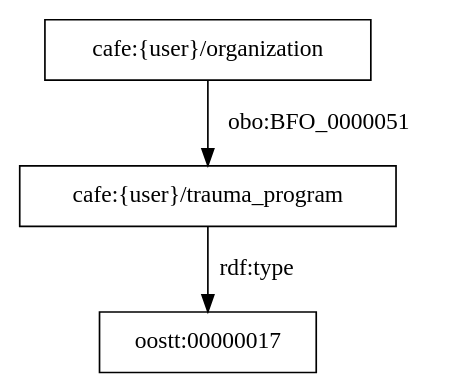
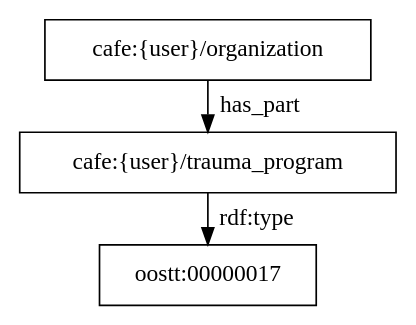
One commit to utecht/dideo-server changed the diagram in cafe/graphs/1.dot. Above: the diagram before and after it, drawn with Graphviz. The commit also changed 19 other files, not shown here.

Commit message:
changed graph format, added more statements

```diff
--- a/cafe/graphs/1.dot
+++ b/cafe/graphs/1.dot
@@ -1,4 +1,5 @@
 digraph g { node [shape=rectangle];
-"cafe:{user}/organization" -> "cafe:{user}/trauma_program" [label="obo:BFO_0000051"]
+graph [splines=true, nodesep=.5, ranksep=0, overlap=false];
+"cafe:{user}/organization" -> "cafe:{user}/trauma_program" [label="has_part"]
 "cafe:{user}/trauma_program" -> "oostt:00000017" [label="rdf:type"]
 }
```
